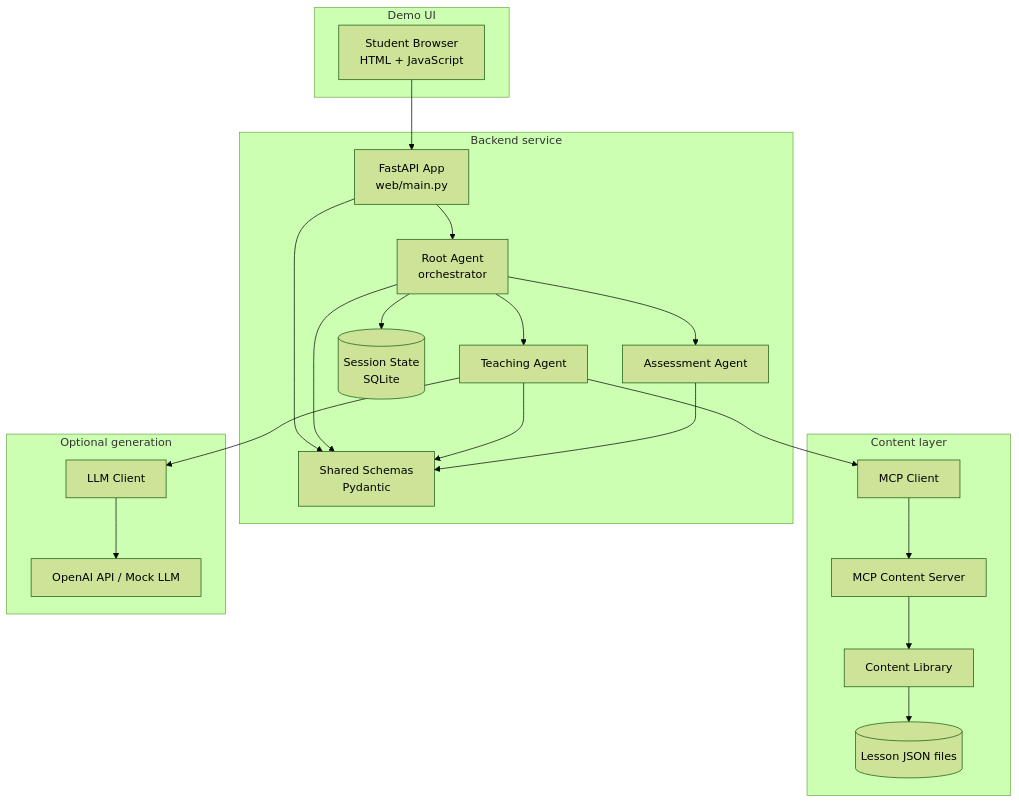
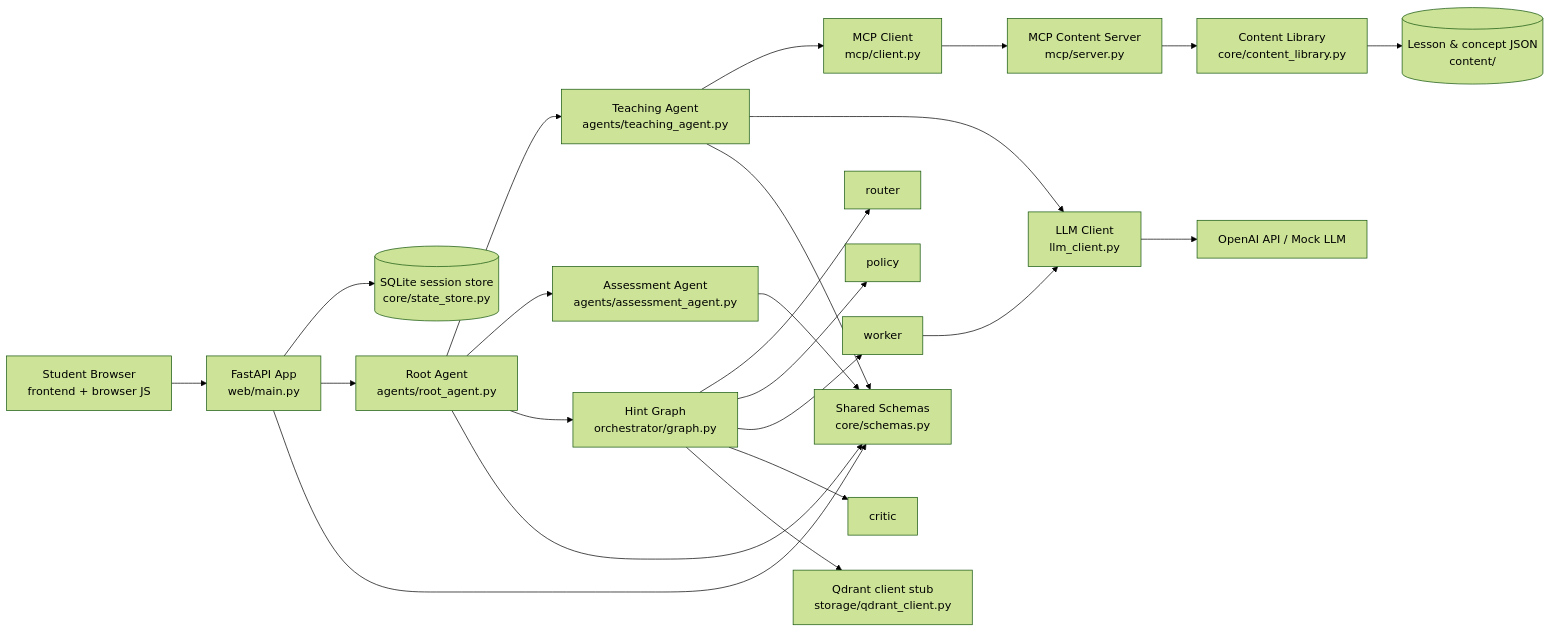
Before and after one commit to shubgupt/AgenticLearningPlatform: the first of 2 diagrams in learning_avatar/docs/architecture.md, drawn with Mermaid (forest theme). The commit also changed other lines of this file and 12 other files, not shown here.

````diff
--- a/learning_avatar/docs/architecture.md
+++ b/learning_avatar/docs/architecture.md
@@ -5,46 +5,31 @@
 ```mermaid
-flowchart TB
-    subgraph UI[Demo UI]
-        B[Student Browser<br/>HTML + JavaScript]
-    end
+flowchart LR
+    U[Student Browser<br/>frontend + browser JS] --> API[FastAPI App<br/>web/main.py]
+    API --> S[(SQLite session store<br/>core/state_store.py)]
+    API --> R[Root Agent<br/>agents/root_agent.py]
 
-    subgraph BE[Backend service]
-        F[FastAPI App<br/>web/main.py]
-        R[Root Agent<br/>orchestrator]
-        T[Teaching Agent]
-        A[Assessment Agent]
-        S[(Session State<br/>SQLite)]
-        SC[Shared Schemas<br/>Pydantic]
-    end
+    R --> T[Teaching Agent<br/>agents/teaching_agent.py]
+    R --> A[Assessment Agent<br/>agents/assessment_agent.py]
 
-    subgraph CONTENT[Content layer]
-        MC[MCP Client]
-        MS[MCP Content Server]
-        CL[Content Library]
-        J[(Lesson JSON files)]
-    end
+    R --> H[Hint Graph<br/>orchestrator/graph.py]
+    H --> H1[router]
+    H --> H2[policy]
+    H --> H3[worker]
+    H --> H4[critic]
 
-    subgraph GEN[Optional generation]
-        LLM[LLM Client]
-        API[OpenAI API / Mock LLM]
-    end
+    T --> MC[MCP Client<br/>mcp/client.py]
+    MC --> MS[MCP Content Server<br/>mcp/server.py]
+    MS --> CL[Content Library<br/>core/content_library.py]
+    CL --> J[(Lesson & concept JSON<br/>content/)]
 
-    B --> F
-    F --> R
-    R --> T
-    R --> A
-    R --> S
+    T --> LLM[LLM Client<br/>llm_client.py]
+    H3 --> LLM
+    LLM --> O[OpenAI API / Mock LLM]
 
-    T --> MC
-    MC --> MS
-    MS --> CL
-    CL --> J
-
-    T --> LLM
-    LLM --> API
-
-    F --> SC
-    R --> SC
+    R --> SC[Shared Schemas<br/>core/schemas.py]
     T --> SC
     A --> SC
+    API --> SC
+
+    H --> Q[Qdrant client stub<br/>storage/qdrant_client.py]
 ```
````
